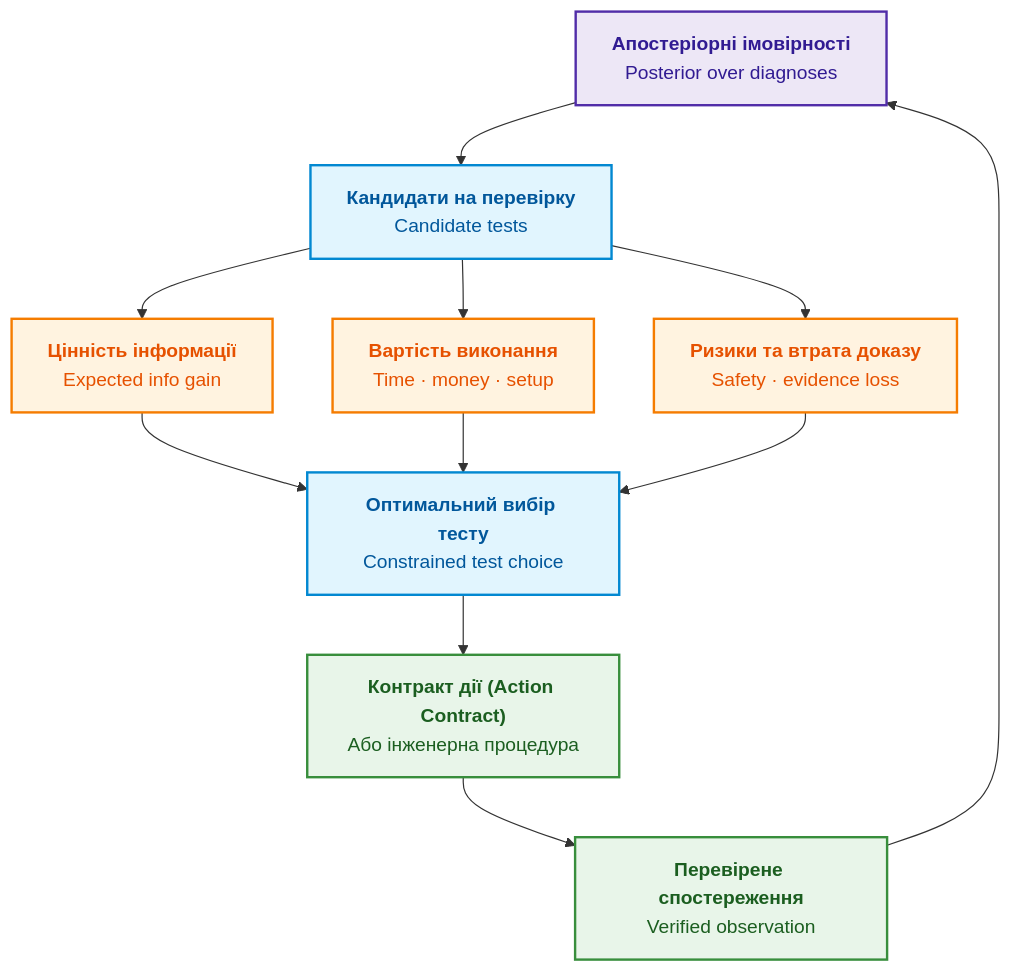
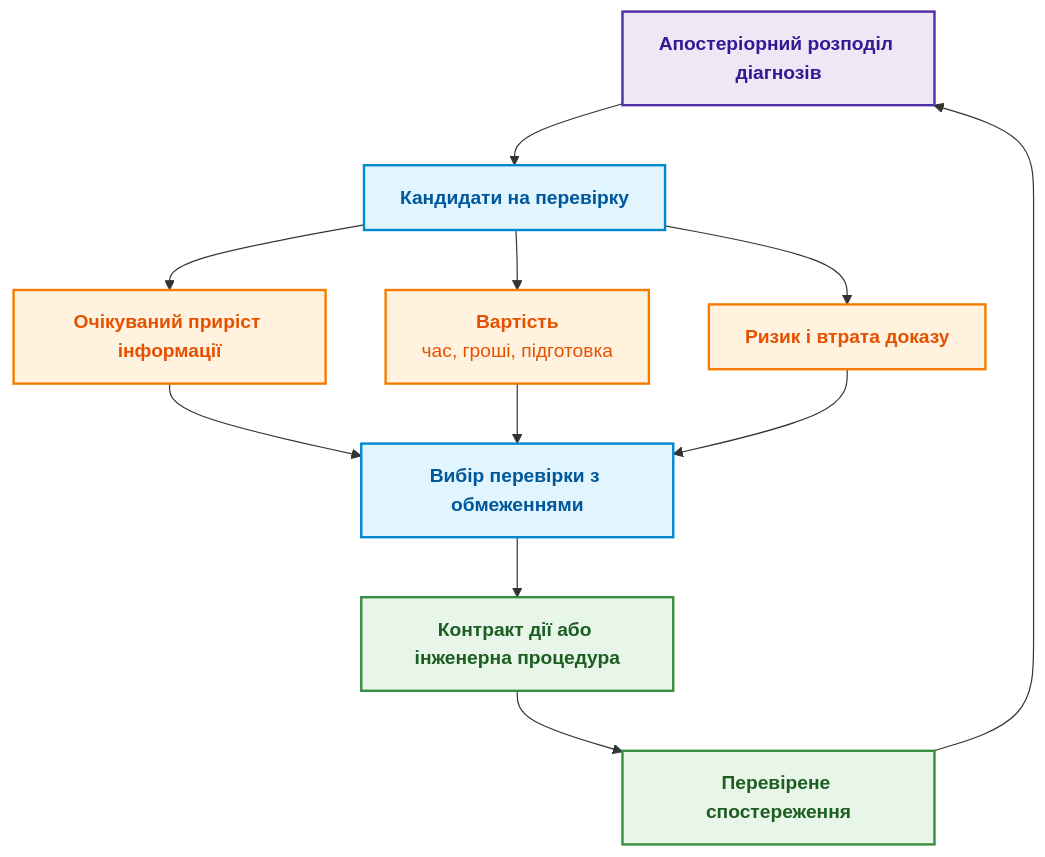
The fifth of 5 diagrams in ExpertSystem/ch24-system-diagnosis.md (nick-fedchik/articles), drawn with Mermaid before and after one commit. The commit also changed other lines of this file, not shown here.

First line of the commit message:
docs(ch24): editorial rewrite with verified sources and linked footnotes

````diff
--- a/ExpertSystem/ch24-system-diagnosis.md
+++ b/ExpertSystem/ch24-system-diagnosis.md
@@ -377,26 +480,26 @@
 ```mermaid
 flowchart TD
     accTitle: Планування наступної діагностичної перевірки
-    accDescr: Вибір тесту на основі цінності інформації, вартості та ризику з урахуванням збереження доказів.
+    accDescr: Апостеріорний розподіл діагнозів дає кандидатів на перевірку, кожного оцінюють за приростом інформації, вартістю й ризиком із втратою доказу, а обрана перевірка виконується як контракт дії й повертає перевірене спостереження.
 
-    H["<b>Апостеріорні імовірності</b><br/>Posterior over diagnoses"] --> CAND["<b>Кандидати на перевірку</b><br/>Candidate tests"]
-    CAND --> INFO["<b>Цінність інформації</b><br/>Expected info gain"]
-    CAND --> COST["<b>Вартість виконання</b><br/>Time · money · setup"]
-    CAND --> RISK["<b>Ризики та втрата доказу</b><br/>Safety · evidence loss"]
-    INFO --> SEL["<b>Оптимальний вибір тесту</b><br/>Constrained test choice"]
+    H["<b>Апостеріорний розподіл діагнозів</b>"] --> CAND["<b>Кандидати на перевірку</b>"]
+    CAND --> INFO["<b>Очікуваний приріст інформації</b>"]
+    CAND --> COST["<b>Вартість</b><br/>час, гроші, підготовка"]
+    CAND --> RISK["<b>Ризик і втрата доказу</b>"]
+    INFO --> SEL["<b>Вибір перевірки з обмеженнями</b>"]
     COST --> SEL
     RISK --> SEL
-    SEL --> PLAN["<b>Контракт дії (Action Contract)</b><br/>Або інженерна процедура"]
-    PLAN --> OBS["<b>Перевірене спостереження</b><br/>Verified observation"]
+    SEL --> PLAN["<b>Контракт дії або інженерна процедура</b>"]
+    PLAN --> OBS["<b>Перевірене спостереження</b>"]
     OBS --> H
 
     classDef post fill:#ede7f6,stroke:#512da8,stroke-width:2px,color:#311b92;
     classDef cand fill:#e1f5fe,stroke:#0288d1,stroke-width:2px,color:#01579b;
     classDef cri fill:#fff3e0,stroke:#f57c00,stroke-width:2px,color:#e65100;
     classDef plan fill:#e8f5e9,stroke:#388e3c,stroke-width:2px,color:#1b5e20;
 
     class H post;
     class CAND,SEL cand;
     class INFO,COST,RISK cri;
     class PLAN,OBS plan;
 ```
````
